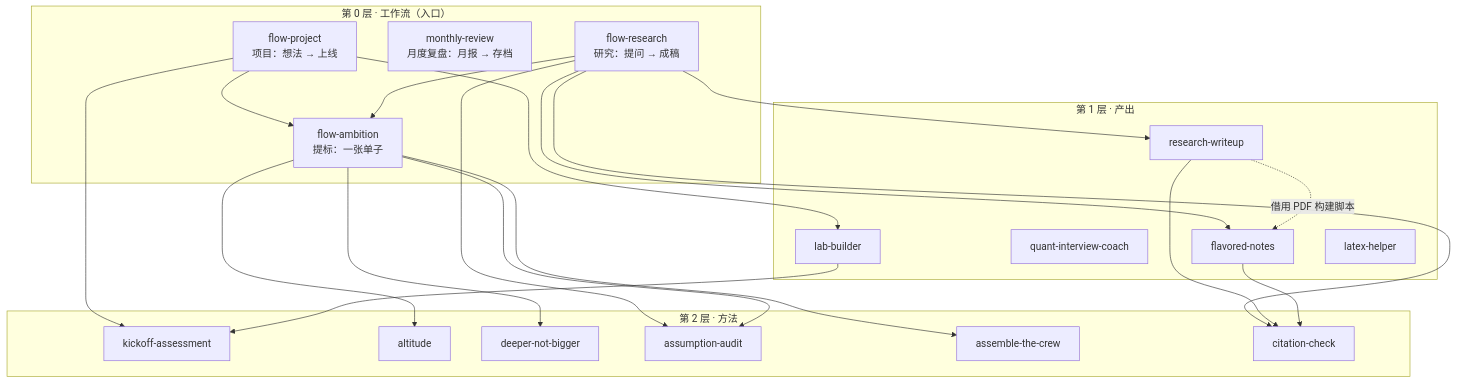
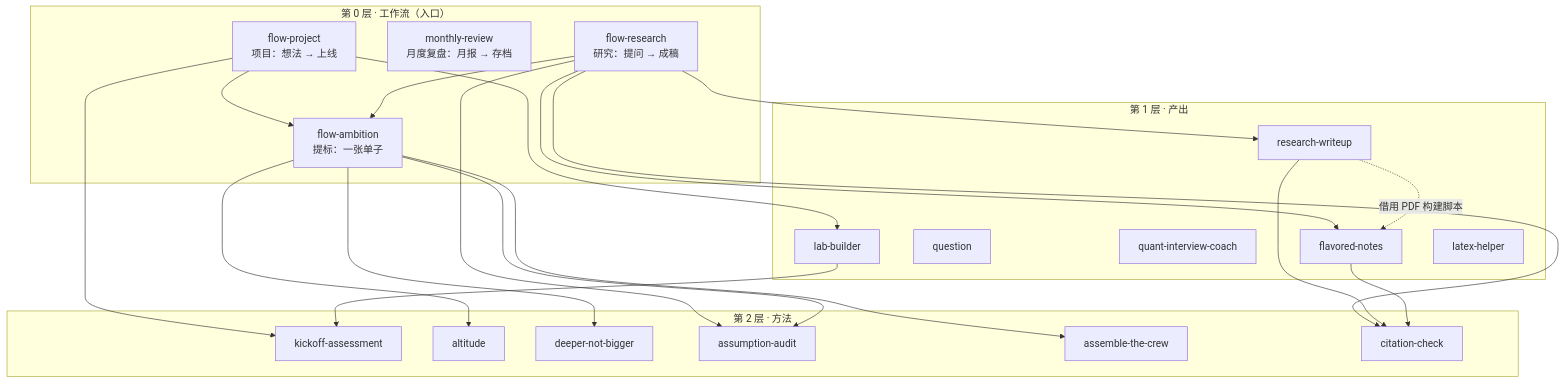
The diagram in _skills/README.md (ZechenBian/ZechenBian.github.io), drawn with Mermaid before and after one commit. The commit also changed other lines of this file and 14 other files, not shown here.

````diff
--- a/_skills/README.md
+++ b/_skills/README.md
@@ -15,43 +15,45 @@
 ```mermaid
 flowchart TB
   subgraph L0["第 0 层 · 工作流（入口）"]
     FP["flow-project<br/>项目：想法 → 上线"]
     FR["flow-research<br/>研究：提问 → 成稿"]
     FA["flow-ambition<br/>提标：一张单子"]
     MR["monthly-review<br/>月度复盘：月报 → 存档"]
   end
   subgraph L1["第 1 层 · 产出"]
     LB[lab-builder]
     RW[research-writeup]
     FN[flavored-notes]
     LH[latex-helper]
     QC[quant-interview-coach]
+    QU[question]
   end
   subgraph L2["第 2 层 · 方法"]
     KA[kickoff-assessment]
     AL[altitude]
     DN[deeper-not-bigger]
     AA[assumption-audit]
     AC[assemble-the-crew]
     CC[citation-check]
   end
   FP --> LB
   FR --> RW
   FR --> FN
   FP --> FA
   FR --> FA
   FP --> KA
   FR --> AA
   FR --> CC
   FA --> AL
   FA --> DN
   FA --> AA
   FA --> AC
   LB --> KA
   RW --> CC
   FN --> CC
   RW -. 借用 PDF 构建脚本 .-> FN
   MR ~~~ FA
   QC ~~~ AC
   LH ~~~ CC
+  QU ~~~ KA
 ```
````
